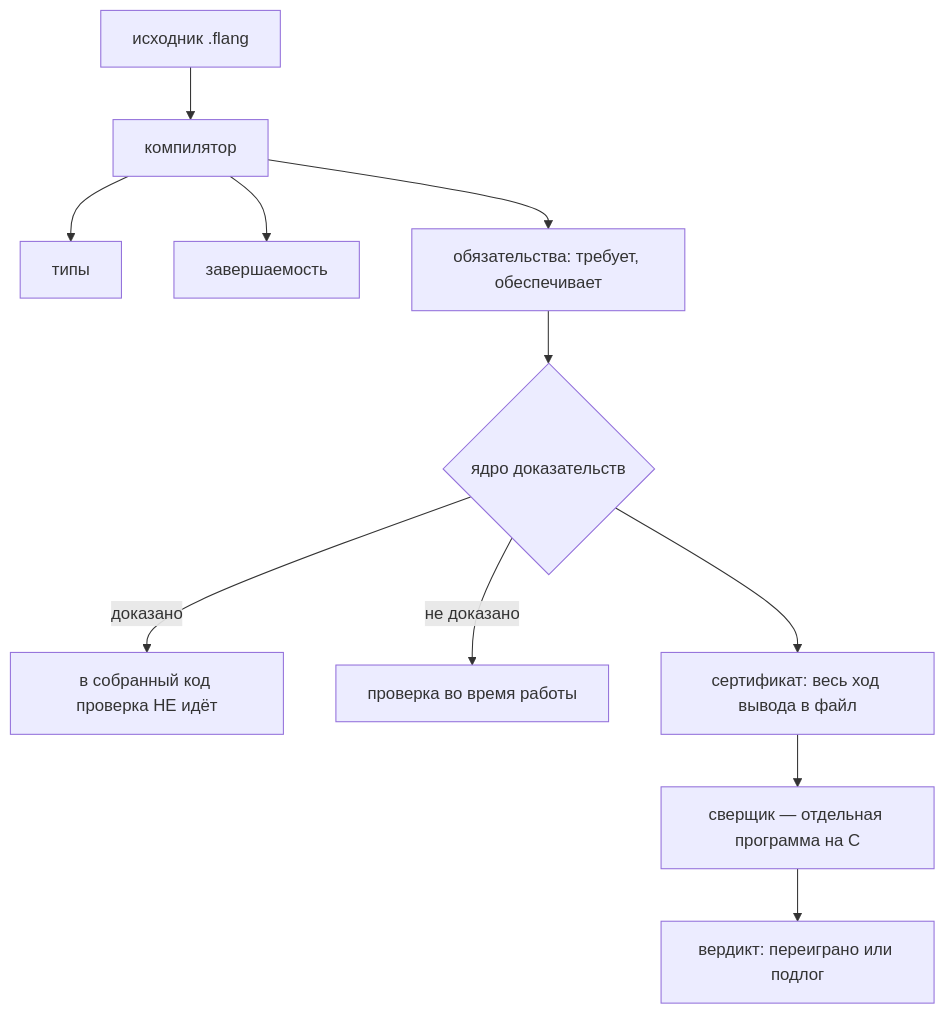
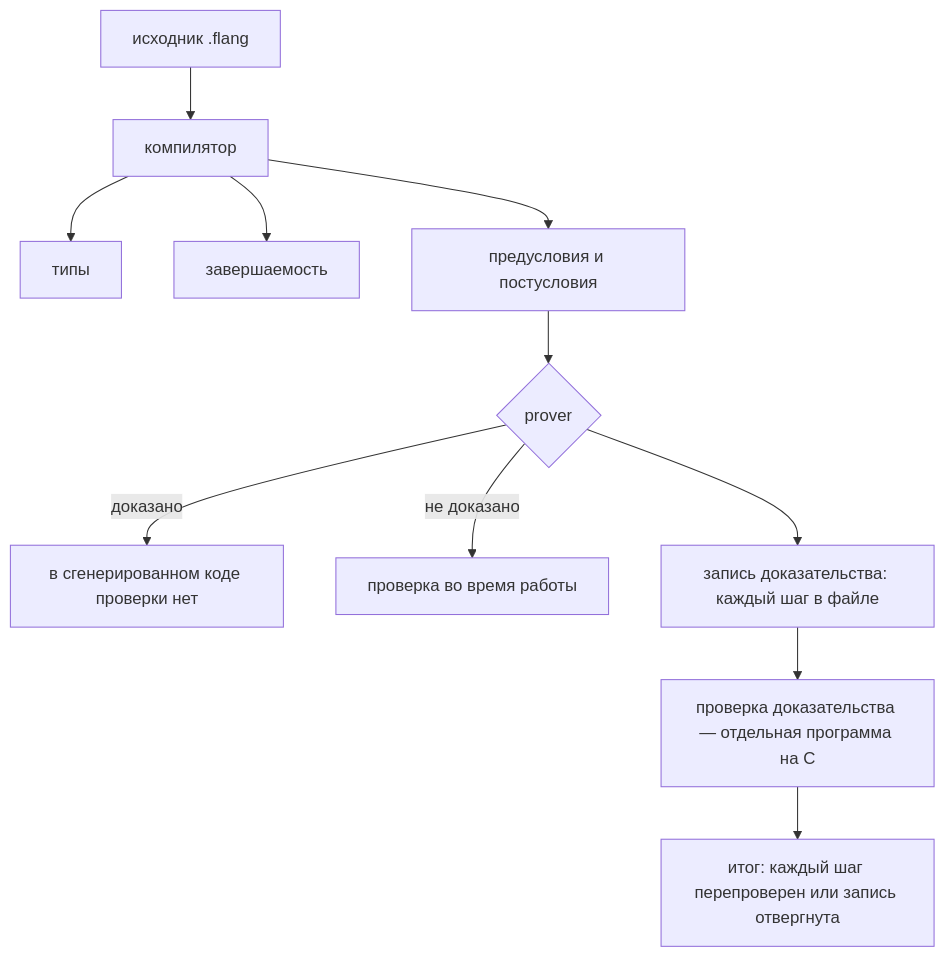
One commit to MyWWWChat/flang changed the first of 2 diagrams in docs/site/how-proofs-work.ru.md. Above: the diagram before and after it, drawn with Mermaid. The commit also changed other lines of this file and 5 other files, not shown here.

````diff
--- a/docs/site/how-proofs-work.ru.md
+++ b/docs/site/how-proofs-work.ru.md
@@ -21,16 +31,16 @@
-```mermaid Путь от исходника до вердикта
+```mermaid Путь от исходника до итога
 flowchart TD
   A[исходник .flang] --> B[компилятор]
   B --> C[типы]
   B --> D[завершаемость]
-  B --> E[обязательства: требует, обеспечивает]
-  E --> F{ядро доказательств}
-  F -->|доказано| G[в собранный код проверка НЕ идёт]
+  B --> E[предусловия и постусловия]
+  E --> F{prover}
+  F -->|доказано| G[в сгенерированном коде проверки нет]
   F -->|не доказано| H[проверка во время работы]
-  F --> I[сертификат: весь ход вывода в файл]
-  I --> J[сверщик — отдельная программа на C]
-  J --> K[вердикт: переиграно или подлог]
+  F --> I[запись доказательства: каждый шаг в файле]
+  I --> J[проверка доказательства — отдельная программа на C]
+  J --> K[итог: каждый шаг перепроверен или запись отвергнута]
   class F glavnoe
   class G vyvod
   class H otkaz
 ```
````
